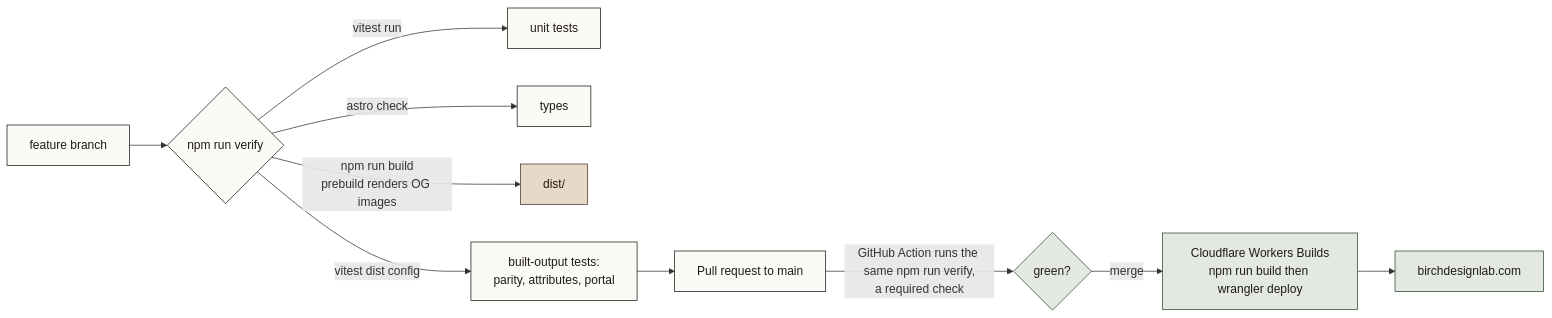
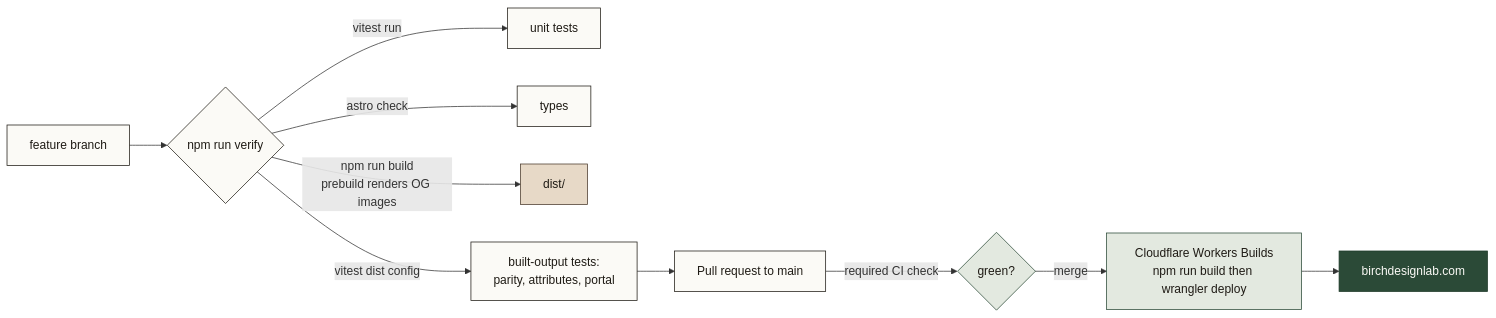
One commit to BirchDesignLab/birchdesignlab changed the fifth of 7 diagrams in README.md. Above: the diagram before and after it, drawn with Mermaid. The commit also changed other lines of this file and 48 other files, not shown here.

First line of the commit message:
README: critic fix round (Lab and Portal first, American spelling, chart fixes)

````diff
--- a/README.md
+++ b/README.md
@@ -299,16 +295,17 @@
 ```mermaid
 flowchart LR
     classDef store fill:#e7d9c7,stroke:#4a3a2c,color:#1f1b15
     classDef cloud fill:#e3e9e0,stroke:#2b4a37,color:#1f1b15
     classDef you fill:#fbfaf6,stroke:#1f1b15,color:#1f1b15
+    classDef piece fill:#2b4a37,stroke:#1f3a2a,color:#fbfaf6
 
     B["feature branch"]:::you --> V{"npm run verify"}:::you
     V -->|"vitest run"| T1["unit tests"]:::you
     V -->|"astro check"| T2["types"]:::you
     V -->|"npm run build<br/>prebuild renders OG images"| T3["dist/"]:::store
     V -->|"vitest dist config"| T4["built-output tests:<br/>parity, attributes, portal"]:::you
     T4 --> PR["Pull request to main"]:::you
-    PR -->|"GitHub Action runs the same npm run verify,<br/>a required check"| CI{"green?"}:::cloud
+    PR -->|"required CI check"| CI{"green?"}:::cloud
     CI -->|"merge"| WB["Cloudflare Workers Builds<br/>npm run build then wrangler deploy"]:::cloud
-    WB --> LIVE["birchdesignlab.com"]:::cloud
+    WB --> LIVE["birchdesignlab.com"]:::piece
 ```
````
